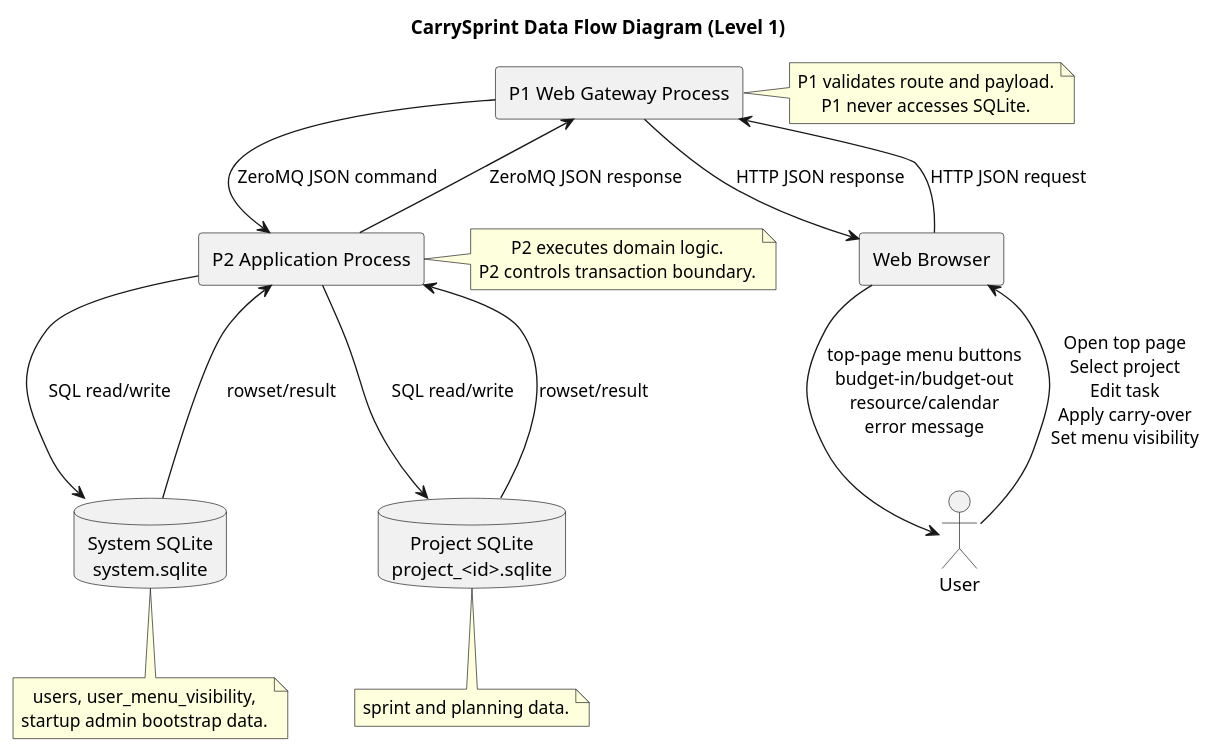
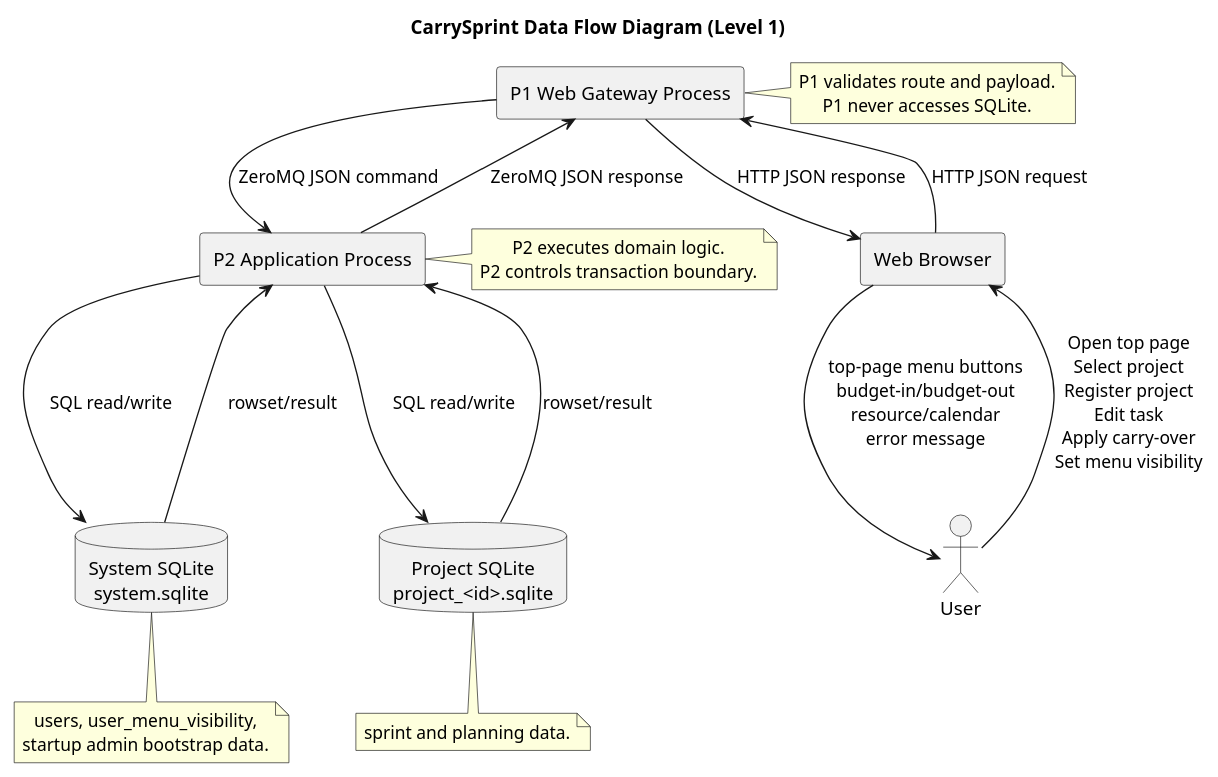
The diagram in docs/software-method-design/diagrams/dfd/dfd_level1.puml (fangface-hub/carry_sprint_docs), drawn with PlantUML before and after one commit. The commit also changed 7 other files, not shown here.

Commit message:
add project register

```diff
--- a/docs/software-method-design/diagrams/dfd/dfd_level1.puml
+++ b/docs/software-method-design/diagrams/dfd/dfd_level1.puml
@@ -1,46 +1,46 @@
 @startuml CarrySprintDFDLevel1
 
 title CarrySprint Data Flow Diagram (Level 1)
 
 skinparam shadowing false
 skinparam defaultTextAlignment center
 
 actor "User" as user
 rectangle "Web Browser" as browser
 rectangle "P1 Web Gateway Process" as p1
 rectangle "P2 Application Process" as p2
 database "System SQLite\nsystem.sqlite" as db_system
 database "Project SQLite\nproject_<id>.sqlite" as db_project
 
-user --> browser : Open top page\nSelect project\nEdit task\nApply carry-over\nSet menu visibility
+user --> browser : Open top page\nSelect project\nRegister project\nEdit task\nApply carry-over\nSet menu visibility
 browser --> p1 : HTTP JSON request
 p1 --> p2 : ZeroMQ JSON command
 p2 --> db_system : SQL read/write
 p2 --> db_project : SQL read/write
 
 db_system --> p2 : rowset/result
 db_project --> p2 : rowset/result
 p2 --> p1 : ZeroMQ JSON response
 p1 --> browser : HTTP JSON response
 browser --> user : top-page menu buttons\nbudget-in/budget-out\nresource/calendar\nerror message
 
 note right of p1
   P1 validates route and payload.
   P1 never accesses SQLite.
 end note
 
 note right of p2
   P2 executes domain logic.
   P2 controls transaction boundary.
 end note
 
 note bottom of db_system
   users, user_menu_visibility,
   startup admin bootstrap data.
 end note
 
 note bottom of db_project
   sprint and planning data.
 end note
 
 @enduml
```
